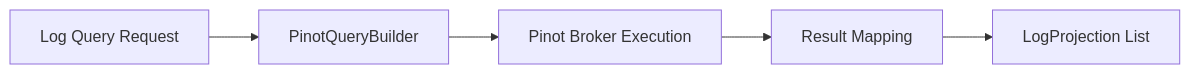
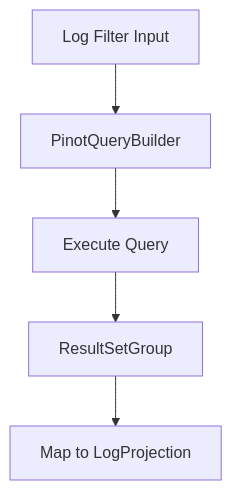
One commit to flamingo-stack/openframe-oss-lib changed the fourth of 7 diagrams in docs/reference/architecture/data-platform-core/data-platform-core.md. Above: the diagram before and after it, drawn with Mermaid. The commit also changed other lines of this file and 212 other files, not shown here.

````diff
--- a/docs/reference/architecture/data-platform-core/data-platform-core.md
+++ b/docs/reference/architecture/data-platform-core/data-platform-core.md
@@ -137,7 +207,7 @@
 ```mermaid
-flowchart LR
-    APIQuery["Log Query Request"] --> QueryBuilder["PinotQueryBuilder"]
-    QueryBuilder --> PinotExec["Pinot Broker Execution"]
-    PinotExec --> Mapping["Result Mapping"]
-    Mapping --> Response["LogProjection List"]
+flowchart TD
+    Input["Log Filter Input"] --> QB["PinotQueryBuilder"]
+    QB --> Exec["Execute Query"]
+    Exec --> RS["ResultSetGroup"]
+    RS --> Map["Map to LogProjection"]
 ```
````
